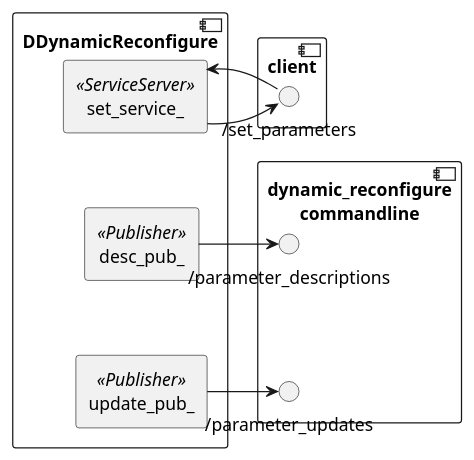
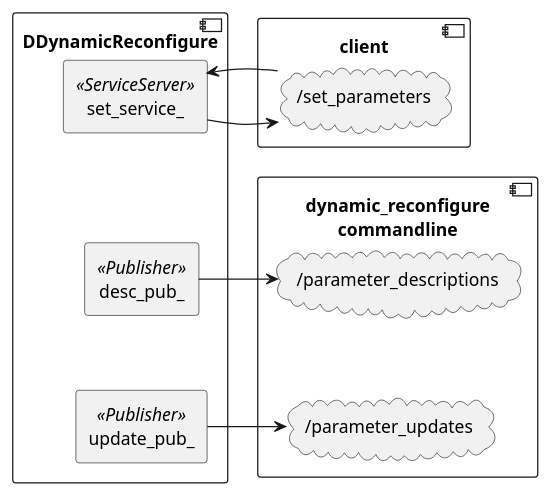
One commit to awesomebytes/ddynamic_reconfigure changed the diagram in uml/ros_struct.puml. Above: the diagram before and after it, drawn with PlantUML. The commit also changed 1 other file, not shown here.

Commit message:
PUML graphs now work, this must change when the repository becomes public!

```diff
--- a/uml/ros_struct.puml
+++ b/uml/ros_struct.puml
@@ -1,22 +1,22 @@
 @startuml
 component DDynamicReconfigure as ddr {
     rectangle update_pub_ <<Publisher>> as uppub
     rectangle desc_pub_ <<Publisher>> as descpub
     rectangle set_service_ <<ServiceServer>> as set
     set -[hidden]->descpub
     descpub -[hidden]->uppub
 }
 component client {
-    circle "/set_parameters" as pset
+    cloud "/set_parameters" as pset
 }
 component dynamic_reconfigure\ncommandline {
-    circle "/parameter_descriptions" as pdesc
-    circle "/parameter_updates" as pup
+    cloud "/parameter_descriptions" as pdesc
+    cloud "/parameter_updates" as pup
     pdesc -[hidden]->pup
 }
 
 uppub -> pup
 descpub -> pdesc
 set -> pset
 pset -l-> set
 @enduml
```
